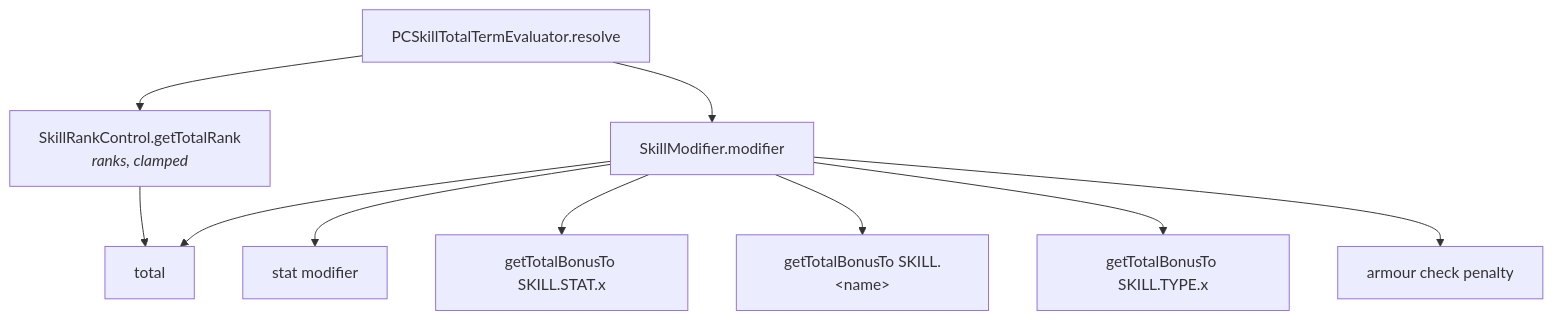
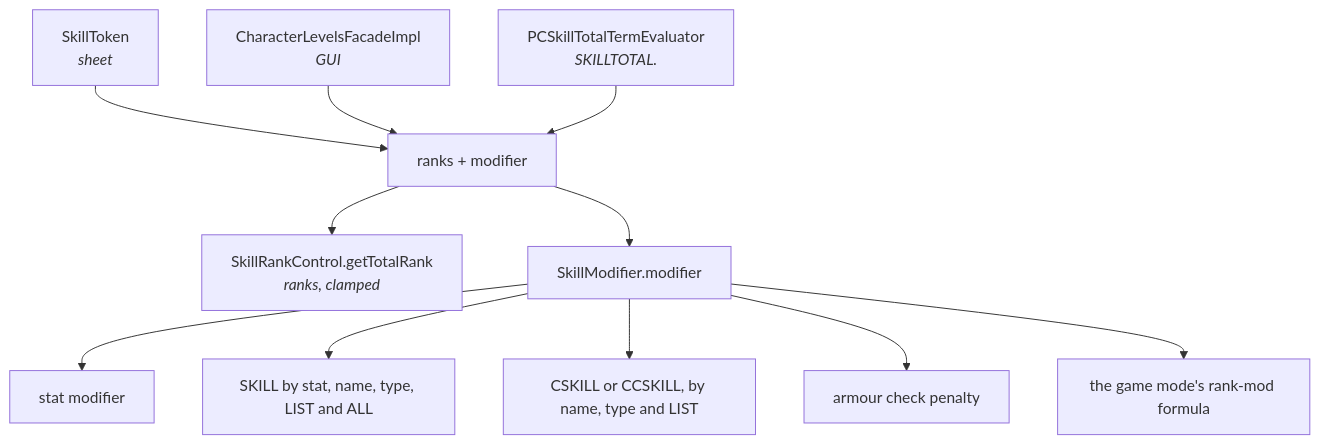
The diagram in docs/internals/rules-engine.md (shnaps/pcgen-handbook), drawn with Mermaid before and after one commit. The commit also changed other lines of this file and 14 other files, not shown here.

````diff
--- a/docs/internals/rules-engine.md
+++ b/docs/internals/rules-engine.md
@@ -129,12 +137,13 @@
 ```mermaid
 flowchart TD
-    A["PCSkillTotalTermEvaluator.resolve"] --> B["SkillRankControl.getTotalRank<br/><i>ranks, clamped</i>"]
-    A --> C["SkillModifier.modifier"]
+    S["SkillToken<br/><i>sheet</i>"] --> T
+    G["CharacterLevelsFacadeImpl<br/><i>GUI</i>"] --> T
+    J["PCSkillTotalTermEvaluator<br/><i>SKILLTOTAL.</i>"] --> T
+    T["ranks + modifier"] --> B["SkillRankControl.getTotalRank<br/><i>ranks, clamped</i>"]
+    T --> C["SkillModifier.modifier"]
     C --> D["stat modifier"]
-    C --> E["getTotalBonusTo SKILL.STAT.x"]
-    C --> F["getTotalBonusTo SKILL.&lt;name&gt;"]
-    C --> G["getTotalBonusTo SKILL.TYPE.x"]
+    C --> E["SKILL by stat, name, type, LIST and ALL"]
+    C --> F["CSKILL or CCSKILL, by name, type and LIST"]
     C --> H["armour check penalty"]
-    B --> I["total"]
-    C --> I
+    C --> K["the game mode's rank-mod formula"]
 ```
````
